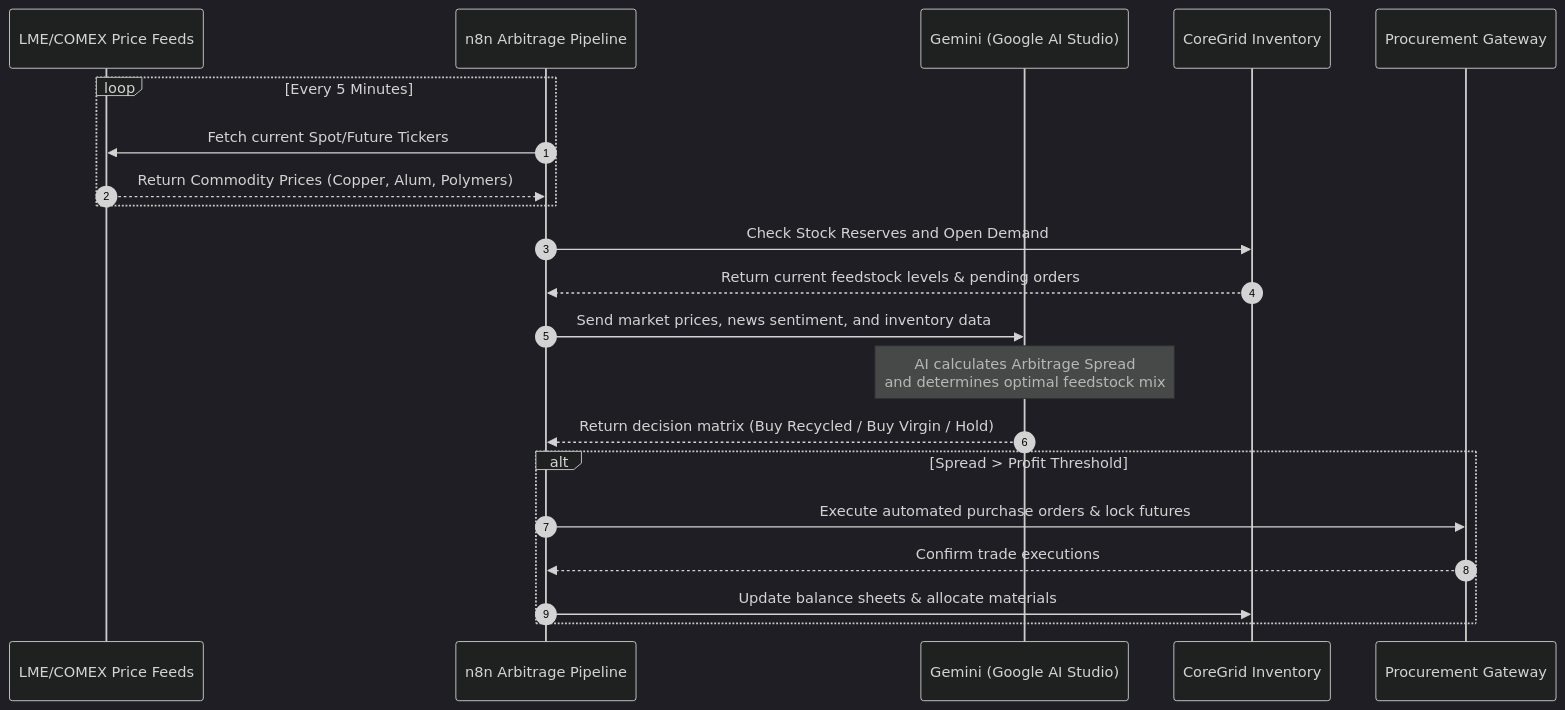
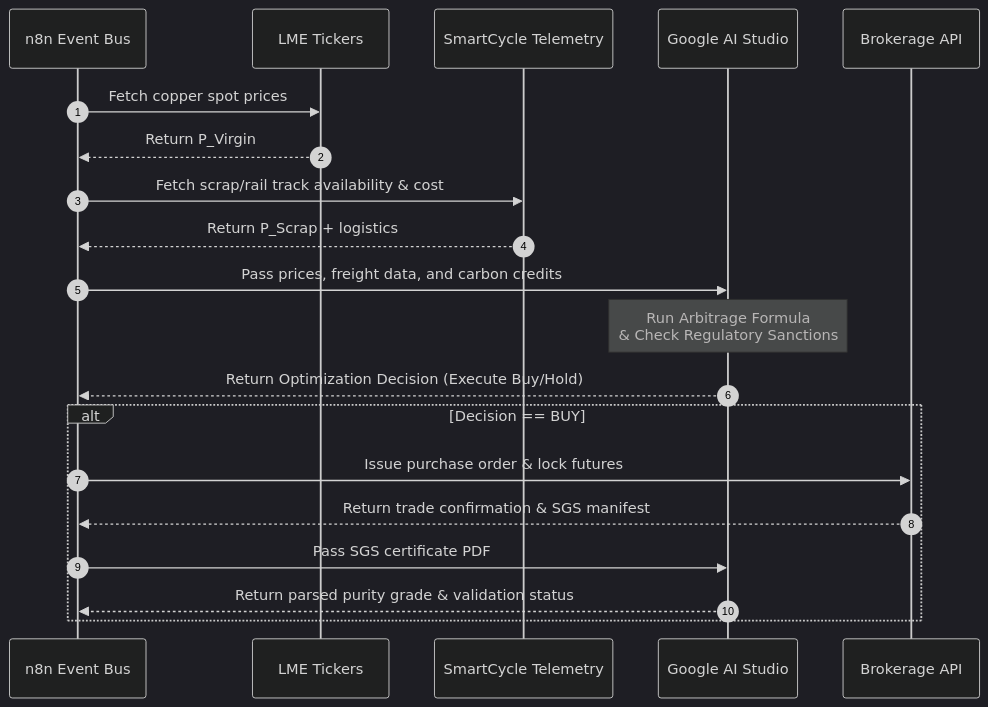
One commit to salmanfaris732732-dev/Mantle- changed the second of 3 diagrams in Mantle_Project_Report.md. Above: the diagram before and after it, drawn with Mermaid (dark theme). The commit also changed other lines of this file, not shown here.

Commit message:
Completely rewrite and expand Mantle Project Report with full operational and financial data

````diff
--- a/Mantle_Project_Report.md
+++ b/Mantle_Project_Report.md
@@ -131,24 +177,23 @@
 ```mermaid
 sequenceDiagram
     autonumber
-    participant LME as LME/COMEX Price Feeds
-    participant n8n as n8n Arbitrage Pipeline
-    participant AI as Gemini (Google AI Studio)
-    participant CG as CoreGrid Inventory
-    participant API as Procurement Gateway
+    participant n8n as n8n Event Bus
+    participant LME as LME Tickers
+    participant Smart as SmartCycle Telemetry
+    participant Gemini as Google AI Studio
+    participant Broker as Brokerage API
     
-    loop Every 5 Minutes
-        n8n->>LME: Fetch current Spot/Future Tickers
-        LME-->>n8n: Return Commodity Prices (Copper, Alum, Polymers)
-    end
-    n8n->>CG: Check Stock Reserves and Open Demand
-    CG-->>n8n: Return current feedstock levels & pending orders
-    n8n->>AI: Send market prices, news sentiment, and inventory data
-    Note over AI: AI calculates Arbitrage Spread<br/>and determines optimal feedstock mix
-    AI-->>n8n: Return decision matrix (Buy Recycled / Buy Virgin / Hold)
-    alt Spread > Profit Threshold
-        n8n->>API: Execute automated purchase orders & lock futures
-        API-->>n8n: Confirm trade executions
-        n8n->>CG: Update balance sheets & allocate materials
+    n8n->>LME: Fetch copper spot prices
+    LME-->>n8n: Return P_Virgin
+    n8n->>Smart: Fetch scrap/rail track availability & cost
+    Smart-->>n8n: Return P_Scrap + logistics
+    n8n->>Gemini: Pass prices, freight data, and carbon credits
+    Note over Gemini: Run Arbitrage Formula<br/>& Check Regulatory Sanctions
+    Gemini-->>n8n: Return Optimization Decision (Execute Buy/Hold)
+    alt Decision == BUY
+        n8n->>Broker: Issue purchase order & lock futures
+        Broker-->>n8n: Return trade confirmation & SGS manifest
+        n8n->>Gemini: Pass SGS certificate PDF
+        Gemini-->>n8n: Return parsed purity grade & validation status
     end
 ```
````
